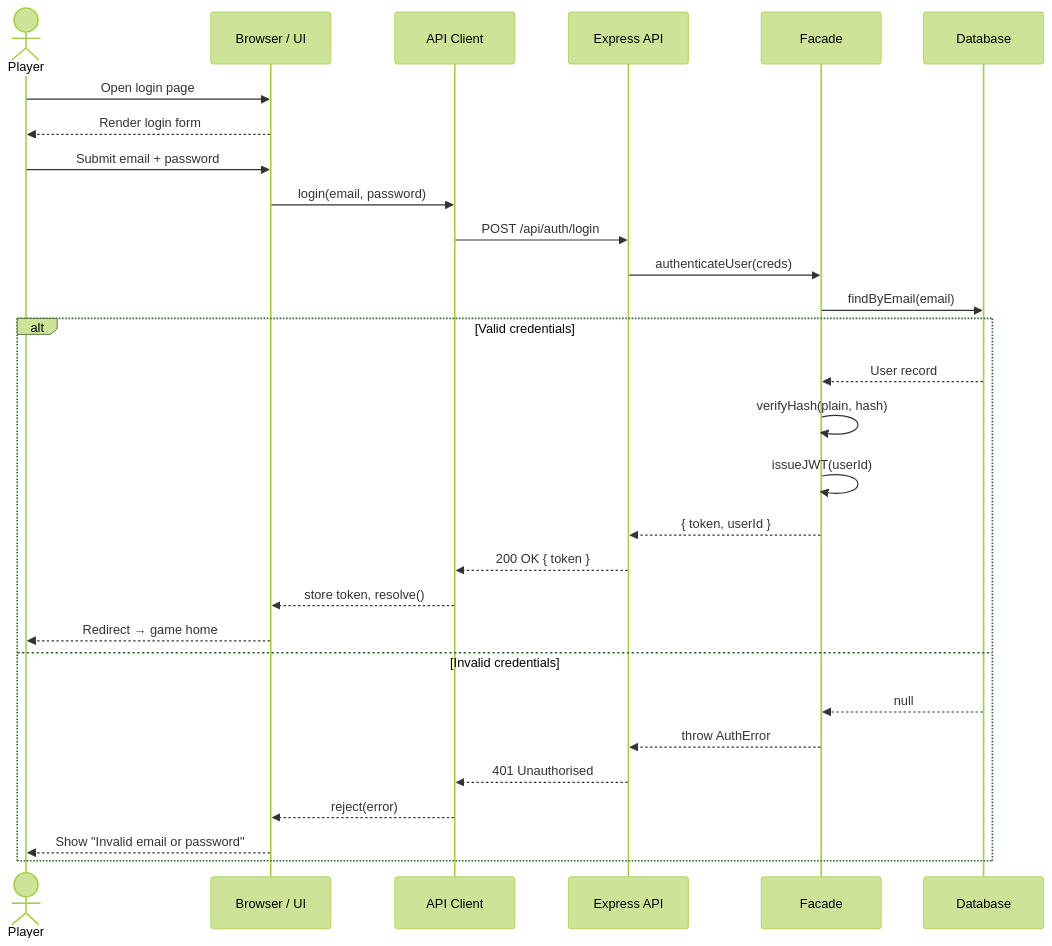
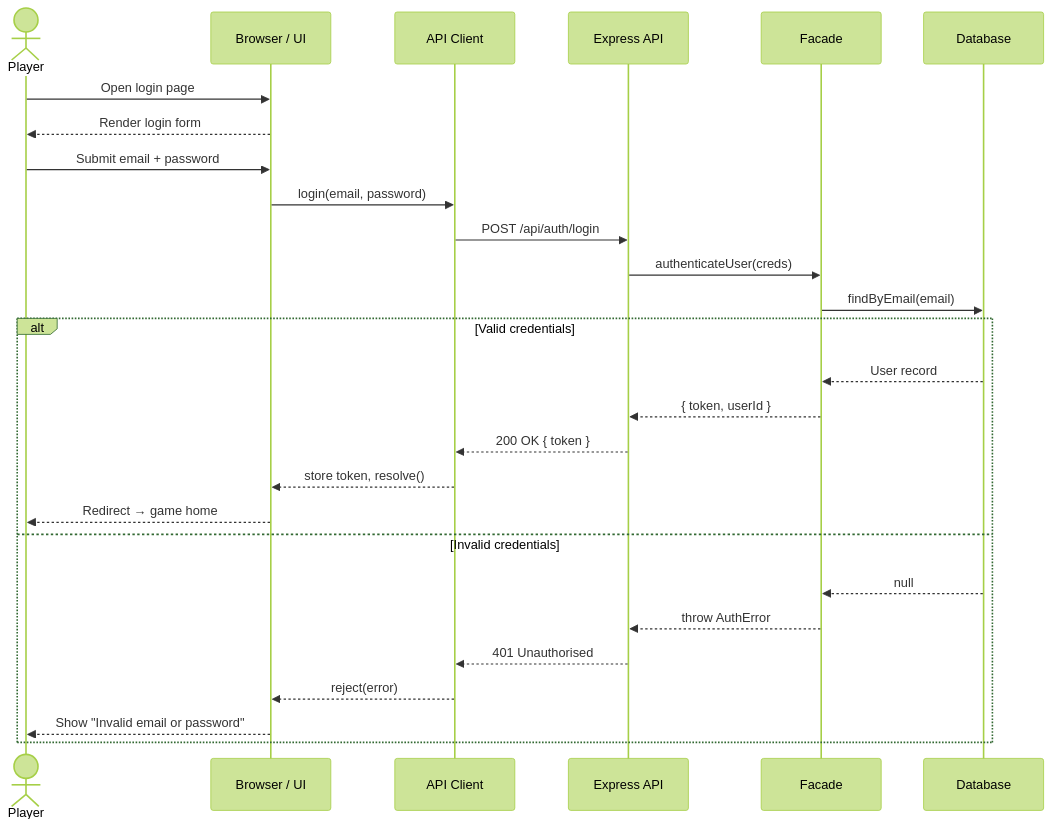
The fifth of 5 diagrams in Stage_3/high-level-diagram.md (MattW-12106/fitness-portfolio), drawn with Mermaid (forest theme) before and after one commit.

````diff
--- a/Stage_3/high-level-diagram.md
+++ b/Stage_3/high-level-diagram.md
@@ -140,33 +140,31 @@
 ```mermaid
 sequenceDiagram
   actor Player
   participant Browser as Browser / UI
   participant Client as API Client
   participant API as Express API
   participant Facade
   participant DB as Database
 
   Player->>Browser: Open login page
   Browser-->>Player: Render login form
   Player->>Browser: Submit email + password
   Browser->>Client: login(email, password)
   Client->>API: POST /api/auth/login
   API->>Facade: authenticateUser(creds)
   Facade->>DB: findByEmail(email)
 
   alt Valid credentials
     DB-->>Facade: User record
-    Facade->>Facade: verifyHash(plain, hash)
-    Facade->>Facade: issueJWT(userId)
     Facade-->>API: { token, userId }
     API-->>Client: 200 OK { token }
     Client-->>Browser: store token, resolve()
     Browser-->>Player: Redirect → game home
   else Invalid credentials
     DB-->>Facade: null
     Facade-->>API: throw AuthError
     API-->>Client: 401 Unauthorised
     Client-->>Browser: reject(error)
     Browser-->>Player: Show "Invalid email or password"
   end
 ```
````
